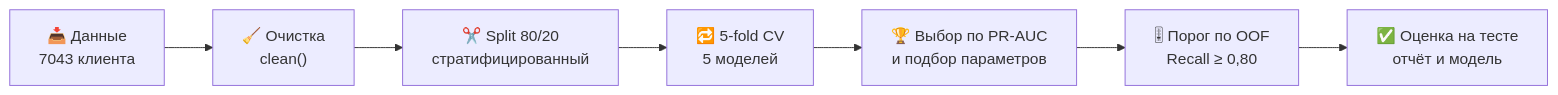
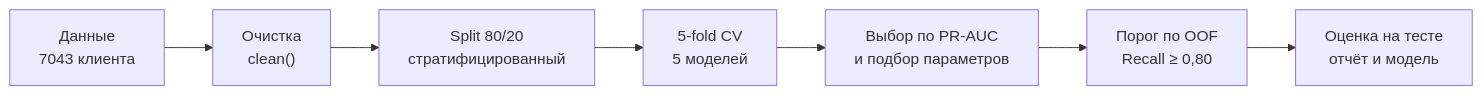
The diagram in ml/telco-churn-prediction/README.md (0lake/projects), drawn with Mermaid before and after one commit. The commit also changed other lines of this file and 11 other files, not shown here.

````diff
--- a/ml/telco-churn-prediction/README.md
+++ b/ml/telco-churn-prediction/README.md
@@ -117,9 +117,9 @@
 ```mermaid
 flowchart LR
-    A["📥 Данные<br/>7043 клиента"] --> B["🧹 Очистка<br/>clean()"]
-    B --> C["✂️ Split 80/20<br/>стратифицированный"]
-    C --> D["🔁 5-fold CV<br/>5 моделей"]
-    D --> E["🏆 Выбор по PR-AUC<br/>и подбор параметров"]
-    E --> F["🎚 Порог по OOF<br/>Recall ≥ 0,80"]
-    F --> G["✅ Оценка на тесте<br/>отчёт и модель"]
+    A["Данные<br/>7043 клиента"] --> B["Очистка<br/>clean()"]
+    B --> C["Split 80/20<br/>стратифицированный"]
+    C --> D["5-fold CV<br/>5 моделей"]
+    D --> E["Выбор по PR-AUC<br/>и подбор параметров"]
+    E --> F["Порог по OOF<br/>Recall ≥ 0,80"]
+    F --> G[" Оценка на тесте<br/>отчёт и модель"]
 ```
````
